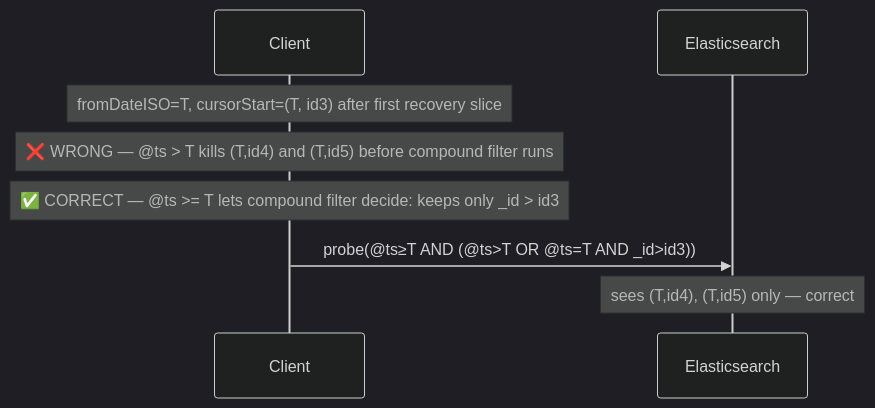
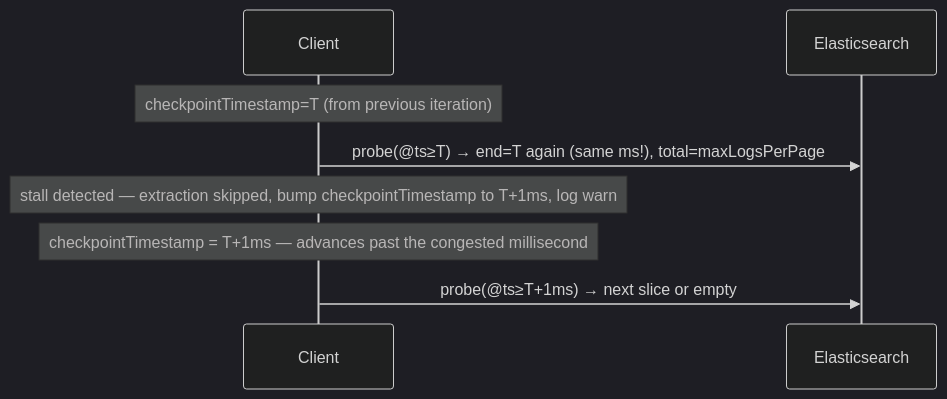
Before and after one commit to patrykkopycinski/kibana: the sixth of 7 diagrams in x-pack/solutions/security/plugins/entity_store/server/domain/logs_extraction/PAGINATION.md, drawn with Mermaid (dark theme). The commit also changed other lines of this file and 20 other files, not shown here.

First line of the commit message:
[Entity Store] Paginate over timestamp + probe improvement (#270170)

````diff
--- a/x-pack/solutions/security/plugins/entity_store/server/domain/logs_extraction/PAGINATION.md
+++ b/x-pack/solutions/security/plugins/entity_store/server/domain/logs_extraction/PAGINATION.md
@@ -180,13 +181,11 @@
 ```mermaid
 sequenceDiagram
     participant C as Client
     participant ES as Elasticsearch
 
-    Note over C: fromDateISO=T, cursorStart=(T, id3) after first recovery slice
-
-    Note over C: ❌ WRONG — @ts > T kills (T,id4) and (T,id5) before compound filter runs
-    Note over C: ✅ CORRECT — @ts >= T lets compound filter decide: keeps only _id > id3
-
-    C->>ES: probe(@ts≥T AND (@ts>T OR @ts=T AND _id>id3))
-    Note over ES: sees (T,id4), (T,id5) only — correct
+    Note over C: checkpointTimestamp=T (from previous iteration)
+    C->>ES: probe(@ts≥T) → end=T again (same ms!), total=maxLogsPerPage
+    Note over C: stall detected — extraction skipped, bump checkpointTimestamp to T+1ms, log warn
+    Note over C: checkpointTimestamp = T+1ms — advances past the congested millisecond
+    C->>ES: probe(@ts≥T+1ms) → next slice or empty
 ```
````
